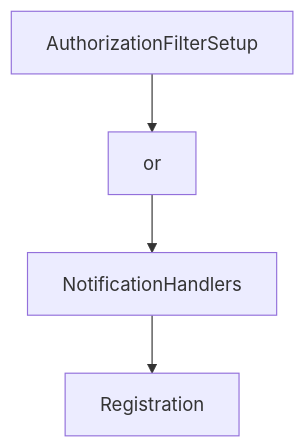
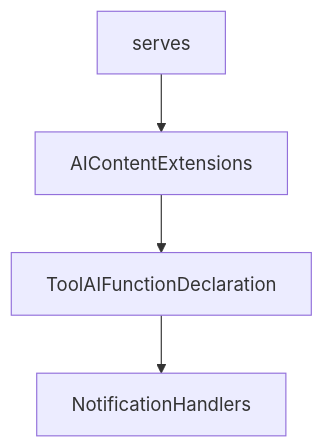
Before and after one commit to johnxie/awesome-code-docs: the diagram in tutorials/mcp-csharp-sdk-tutorial/05-logging-progress-elicitation-and-tasks.md, drawn with Mermaid. The commit also changed other lines of this file and 1232 other files, not shown here.

````diff
--- a/tutorials/mcp-csharp-sdk-tutorial/05-logging-progress-elicitation-and-tasks.md
+++ b/tutorials/mcp-csharp-sdk-tutorial/05-logging-progress-elicitation-and-tasks.md
@@ -215,10 +213,10 @@
 ```mermaid
 flowchart TD
-    A[AuthorizationFilterSetup]
-    B[or]
-    C[NotificationHandlers]
-    D[Registration]
+    A[serves]
+    B[AIContentExtensions]
+    C[ToolAIFunctionDeclaration]
+    D[NotificationHandlers]
     A --> B
     B --> C
     C --> D
 ```
````
